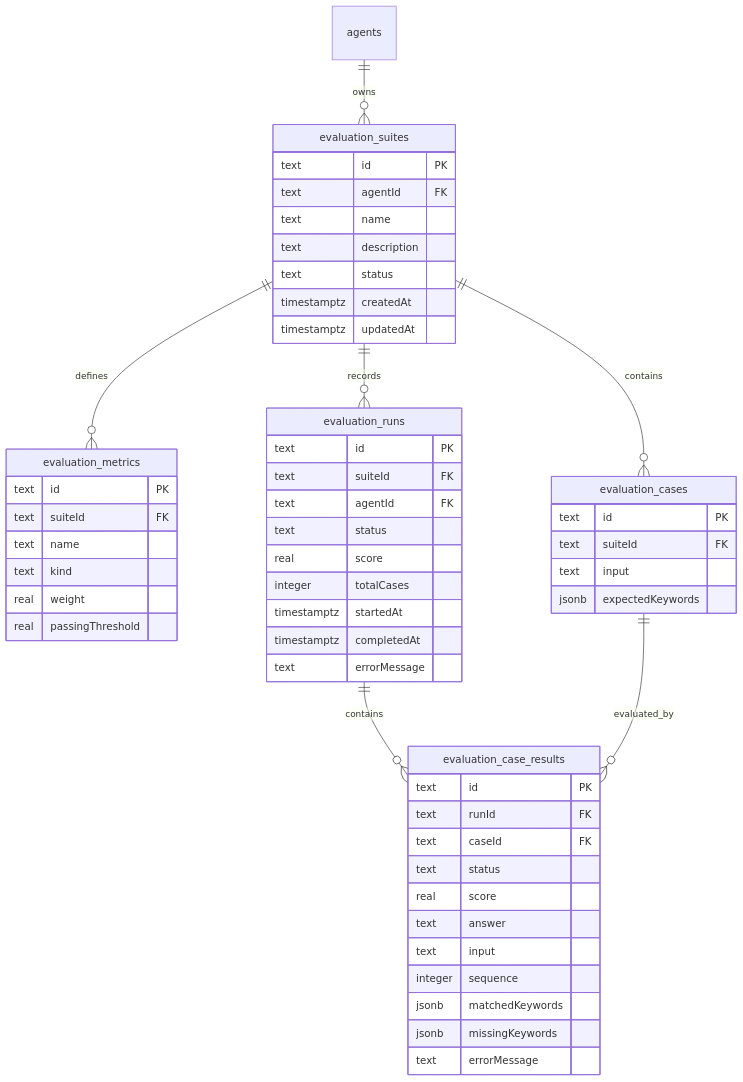
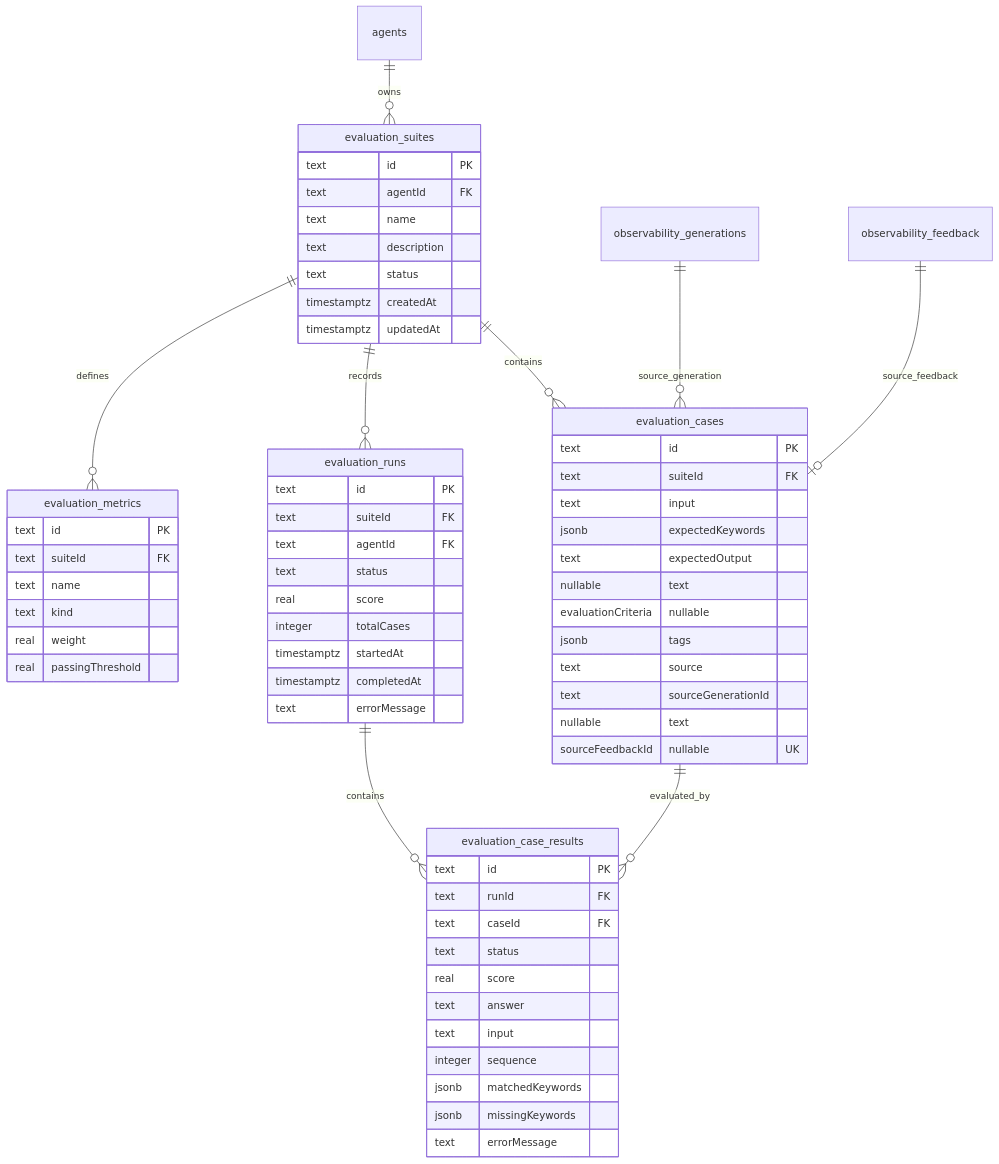
Before and after one commit to yiting001/agent: the fourth of 5 diagrams in docs/modules/evaluation.md, drawn with Mermaid. The commit also changed other lines of this file and 112 other files, not shown here.

Commit message:
feat: add observability quality feedback loop

````diff
--- a/docs/modules/evaluation.md
+++ b/docs/modules/evaluation.md
@@ -124,57 +164,69 @@
 ```mermaid
 erDiagram
   agents ||--o{ evaluation_suites : owns
   evaluation_suites ||--o{ evaluation_metrics : defines
   evaluation_suites ||--o{ evaluation_cases : contains
   evaluation_suites ||--o{ evaluation_runs : records
   evaluation_runs ||--o{ evaluation_case_results : contains
   evaluation_cases ||--o{ evaluation_case_results : evaluated_by
+  observability_generations ||--o{ evaluation_cases : source_generation
+  observability_feedback ||--o| evaluation_cases : source_feedback
 
   evaluation_suites {
     text id PK
     text agentId FK
     text name
     text description
     text status
     timestamptz createdAt
     timestamptz updatedAt
   }
+
   evaluation_metrics {
     text id PK
     text suiteId FK
     text name
     text kind
     real weight
     real passingThreshold
   }
+
   evaluation_cases {
     text id PK
     text suiteId FK
     text input
     jsonb expectedKeywords
+    text expectedOutput nullable
+    text evaluationCriteria nullable
+    jsonb tags
+    text source
+    text sourceGenerationId nullable
+    text sourceFeedbackId nullable UK
   }
+
   evaluation_runs {
     text id PK
     text suiteId FK
     text agentId FK
     text status
     real score
     integer totalCases
     timestamptz startedAt
     timestamptz completedAt
     text errorMessage
   }
+
   evaluation_case_results {
     text id PK
     text runId FK
     text caseId FK
     text status
     real score
     text answer
     text input
     integer sequence
     jsonb matchedKeywords
     jsonb missingKeywords
     text errorMessage
   }
 ```
````
